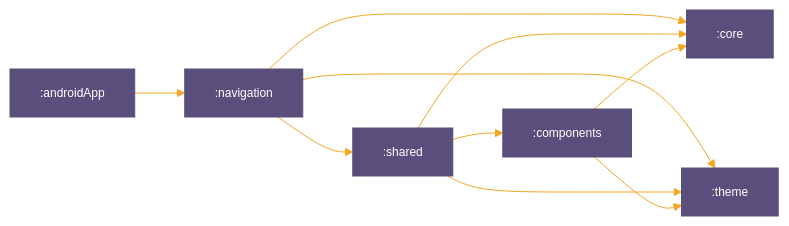
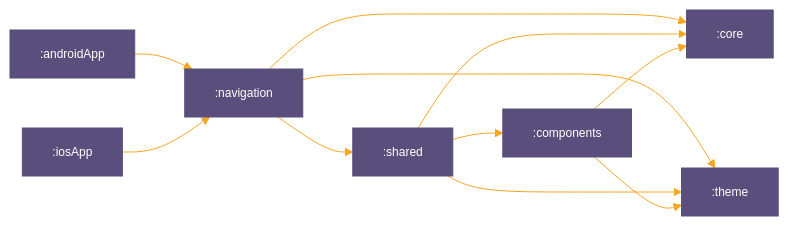
One commit to daviekimgithub/expense-tracker-android changed the diagram in README.md. Above: the diagram before and after it, drawn with Mermaid.

````diff
--- a/README.md
+++ b/README.md
@@ -63,19 +63,20 @@
 ```mermaid
 %%{
   init: {
     'theme': 'base',
     'themeVariables': {"primaryTextColor":"#fff","primaryColor":"#5a4f7c","primaryBorderColor":"#5a4f7c","lineColor":"#f5a623","tertiaryColor":"#40375c","fontSize":"12px"}
   }
 }%%
 
 graph LR
   :navigation --> :core
   :navigation --> :shared
   :navigation --> :theme
   :shared --> :theme
   :shared --> :core
   :shared --> :components
   :androidApp --> :navigation
+  :iosApp --> :navigation
   :components --> :theme
   :components --> :core
 ```
````
